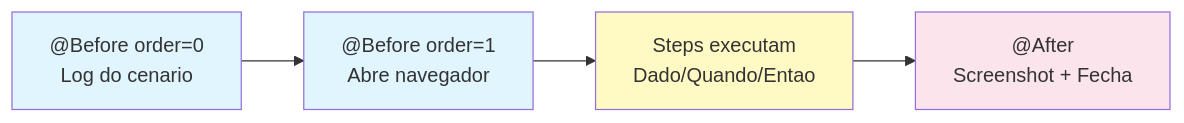
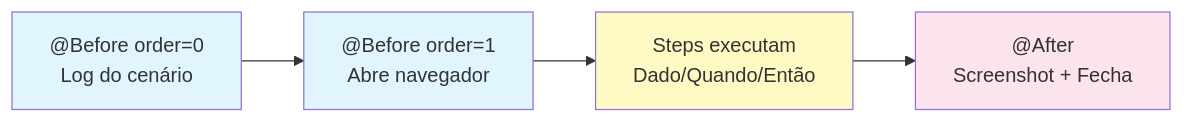
One commit to aline-nory/selenium-cucumber-cicd-kiro changed the third of 4 diagrams in DOCUMENTATION.md. Above: the diagram before and after it, drawn with Mermaid. The commit also changed other lines of this file and 5 other files, not shown here.

````diff
--- a/DOCUMENTATION.md
+++ b/DOCUMENTATION.md
@@ -1213,11 +1213,11 @@
 ```mermaid
 graph LR
-    A["@Before order=0<br/>Log do cenario"] --> B["@Before order=1<br/>Abre navegador"]
-    B --> C["Steps executam<br/>Dado/Quando/Entao"]
+    A["@Before order=0<br/>Log do cenário"] --> B["@Before order=1<br/>Abre navegador"]
+    B --> C["Steps executam<br/>Dado/Quando/Então"]
     C --> D["@After<br/>Screenshot + Fecha"]
 
     style A fill:#e1f5fe
     style B fill:#e1f5fe
     style C fill:#fff9c4
     style D fill:#fce4ec
 ```
````
